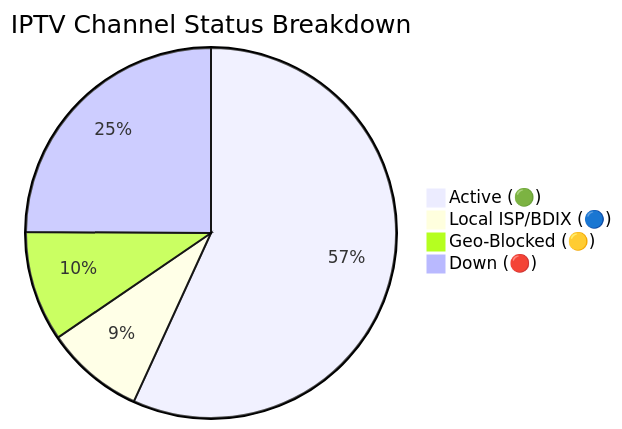
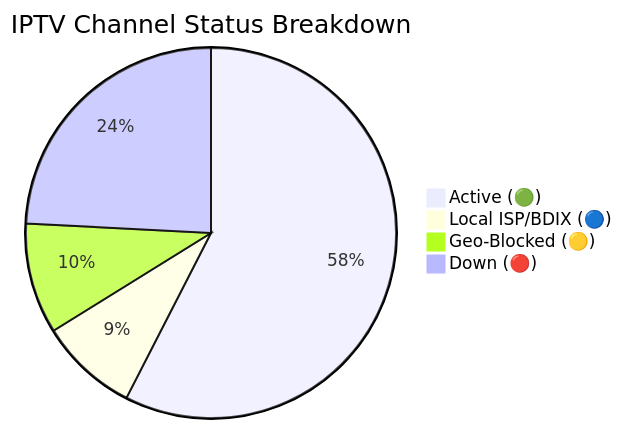
One commit to Zaman-Topu/Ip-tv-Collection changed the diagram in README.md. Above: the diagram before and after it, drawn with Mermaid. The commit also changed other lines of this file and 6 other files, not shown here.

````diff
--- a/README.md
+++ b/README.md
@@ -149,7 +149,7 @@
 ```mermaid
 pie title IPTV Channel Status Breakdown
-    "Active (🟢)" : 10489
-    "Local ISP/BDIX (🔵)" : 1592
-    "Geo-Blocked (🟡)" : 1776
-    "Down (🔴)" : 4598
+    "Active (🟢)" : 10807
+    "Local ISP/BDIX (🔵)" : 1620
+    "Geo-Blocked (🟡)" : 1813
+    "Down (🔴)" : 4542
 ```
````
